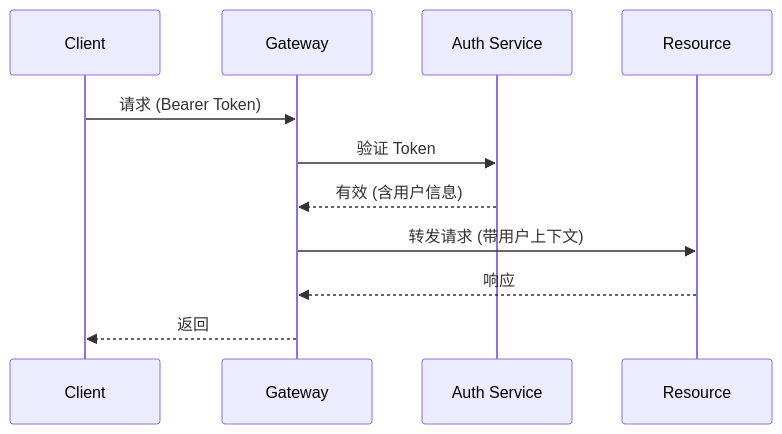
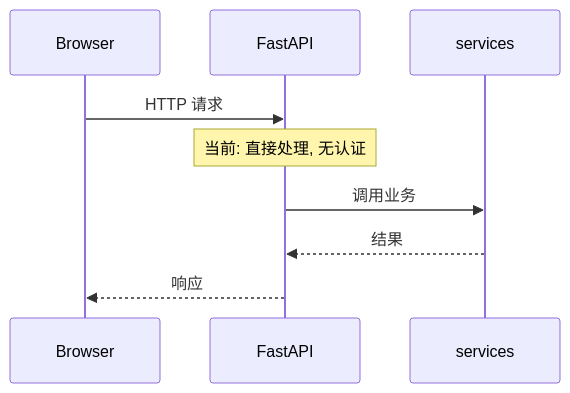
Before and after one commit to Rogers501/automation-platform: the tenth of 10 diagrams in docs/详细设计文档.md, drawn with Mermaid. The commit also changed other lines of this file and 9 other files, not shown here.

````diff
--- a/docs/详细设计文档.md
+++ b/docs/详细设计文档.md
@@ -550,14 +879,11 @@
 ```mermaid
 sequenceDiagram
-    participant C as Client
-    participant G as Gateway
-    participant A as Auth Service
-    participant R as Resource
-
-    C->>G: 请求 (Bearer Token)
-    G->>A: 验证 Token
-    A-->>G: 有效 (含用户信息)
-    G->>R: 转发请求 (带用户上下文)
-    R-->>G: 响应
-    G-->>C: 返回
+    participant C as Browser
+    participant G as FastAPI
+    participant S as services
+    C->>G: HTTP 请求
+    Note over G: 当前: 直接处理, 无认证
+    G->>S: 调用业务
+    S-->>G: 结果
+    G-->>C: 响应
 ```
````
